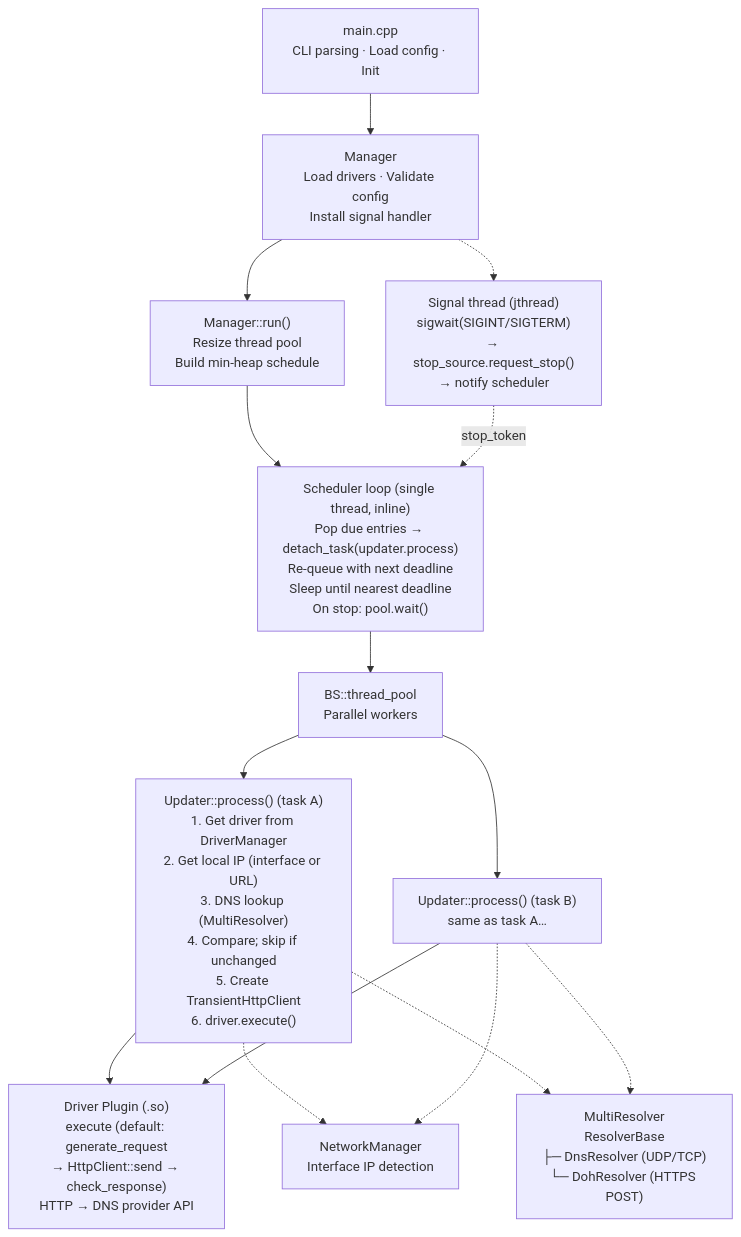
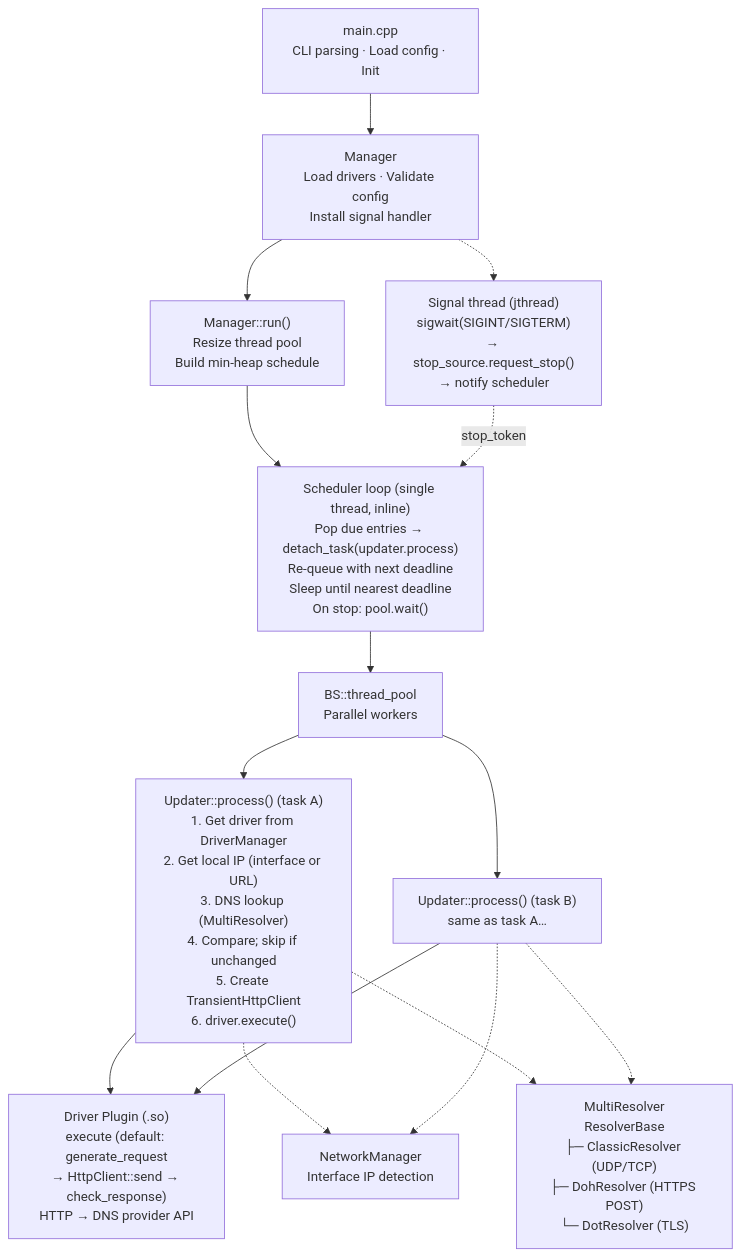
One commit to CyberKoo/yaddnsc changed the diagram in README.md. Above: the diagram before and after it, drawn with Mermaid. The commit also changed other lines of this file and 14 other files, not shown here.

````diff
--- a/README.md
+++ b/README.md
@@ -27,56 +27,57 @@
 ```mermaid
 flowchart TB
     main["main.cpp
 CLI parsing · Load config · Init"]
     mgr["Manager
 Load drivers · Validate config
 Install signal handler"]
     run["Manager::run()
 Resize thread pool
 Build min-heap schedule"]
     sched["Scheduler loop (single thread, inline)
 Pop due entries → detach_task(updater.process)
 Re-queue with next deadline
 Sleep until nearest deadline
 On stop: pool.wait()"]
     signal["Signal thread (jthread)
 sigwait(SIGINT/SIGTERM)
 → stop_source.request_stop()
 → notify scheduler"]
     pool["BS::thread_pool
 Parallel workers"]
     updaterA["Updater::process() (task A)
 1. Get driver from DriverManager
 2. Get local IP (interface or URL)
 3. DNS lookup (MultiResolver)
 4. Compare; skip if unchanged
 5. Create TransientHttpClient
 6. driver.execute()"]
     updaterB["Updater::process() (task B)
 same as task A…"]
     driver["Driver Plugin (.so)
 execute (default: generate_request
 → HttpClient::send → check_response)
 HTTP → DNS provider API"]
     net["NetworkManager
 Interface IP detection"]
     dns["MultiResolver
 ResolverBase
-├─ DnsResolver (UDP/TCP)
-└─ DohResolver (HTTPS POST)"]
+├─ ClassicResolver (UDP/TCP)
+├─ DohResolver (HTTPS POST)
+└─ DotResolver (TLS)"]
 
     main --> mgr
     mgr --> run
     run --> sched
     mgr -.-> signal
     signal -.->|stop_token| sched
     sched --> pool
     pool --> updaterA
     pool --> updaterB
     updaterA --> driver
     updaterB --> driver
     updaterA -.-> net
     updaterB -.-> net
     updaterA -.-> dns
     updaterB -.-> dns
 ```
````
